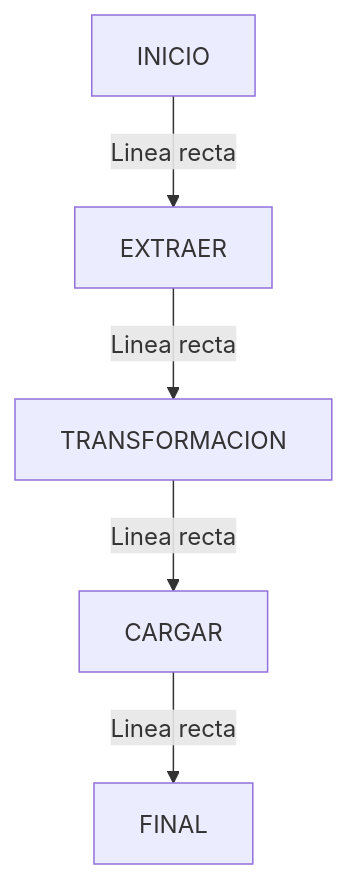
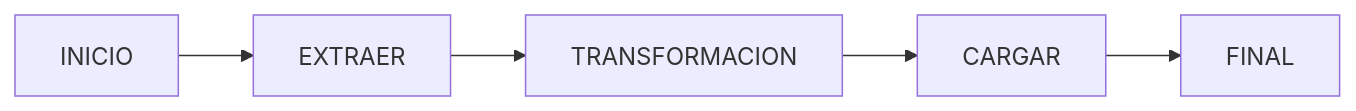
The first of 2 diagrams in dags/dag_modular/README.md (IanRJ19/PEDE5_Airflow), drawn with Mermaid before and after one commit. The commit also changed other lines of this file, not shown here.

````diff
--- a/dags/dag_modular/README.md
+++ b/dags/dag_modular/README.md
@@ -26,14 +26,7 @@
 ```mermaid
-graph TD;
-    style INICIO circle
-    style EXTRAER circle
-    style TRANSFORMACION circle
-    style CARGAR circle
-    style FINAL circle
-    
-    INICIO -->|Linea recta| EXTRAER;
-    EXTRAER -->|Linea recta| TRANSFORMACION;
-    TRANSFORMACION -->|Linea recta| CARGAR;
-    CARGAR -->|Linea recta| FINAL;
-
+graph LR;
+    INICIO --> EXTRAER;
+    EXTRAER --> TRANSFORMACION;
+    TRANSFORMACION --> CARGAR;
+    CARGAR --> FINAL;
 ```
````
